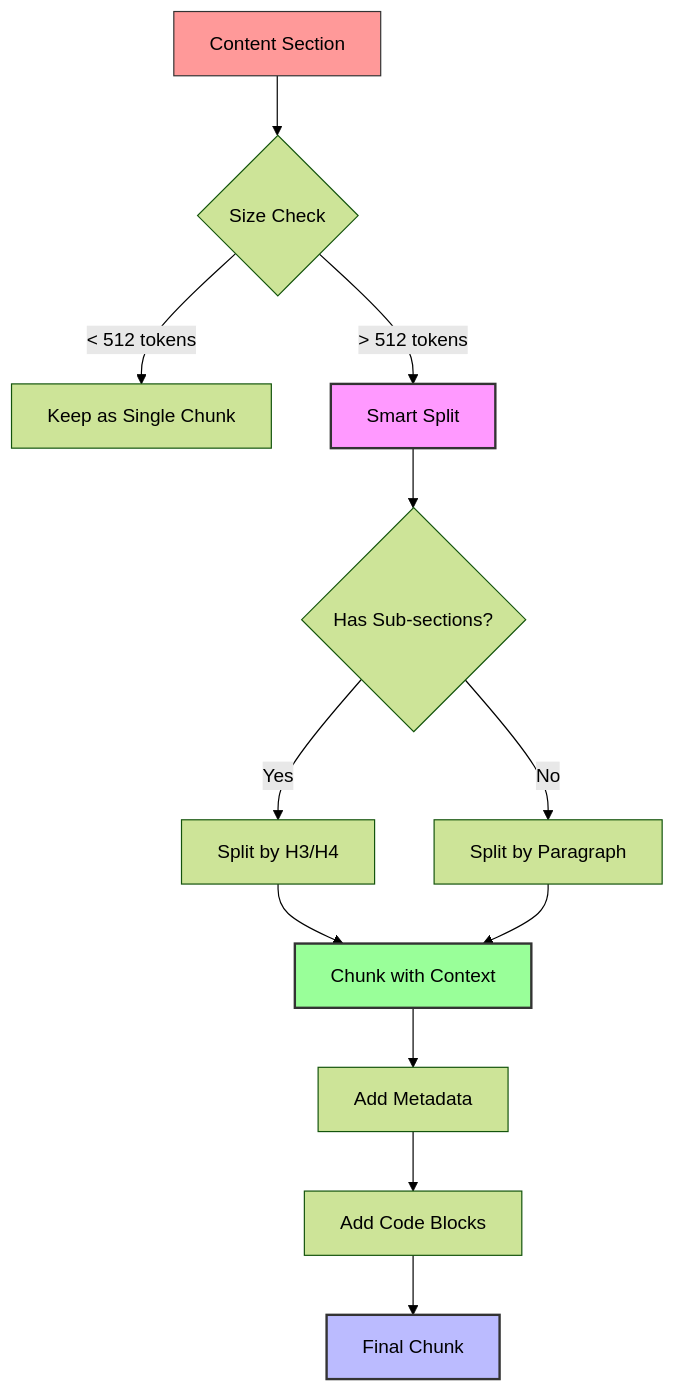
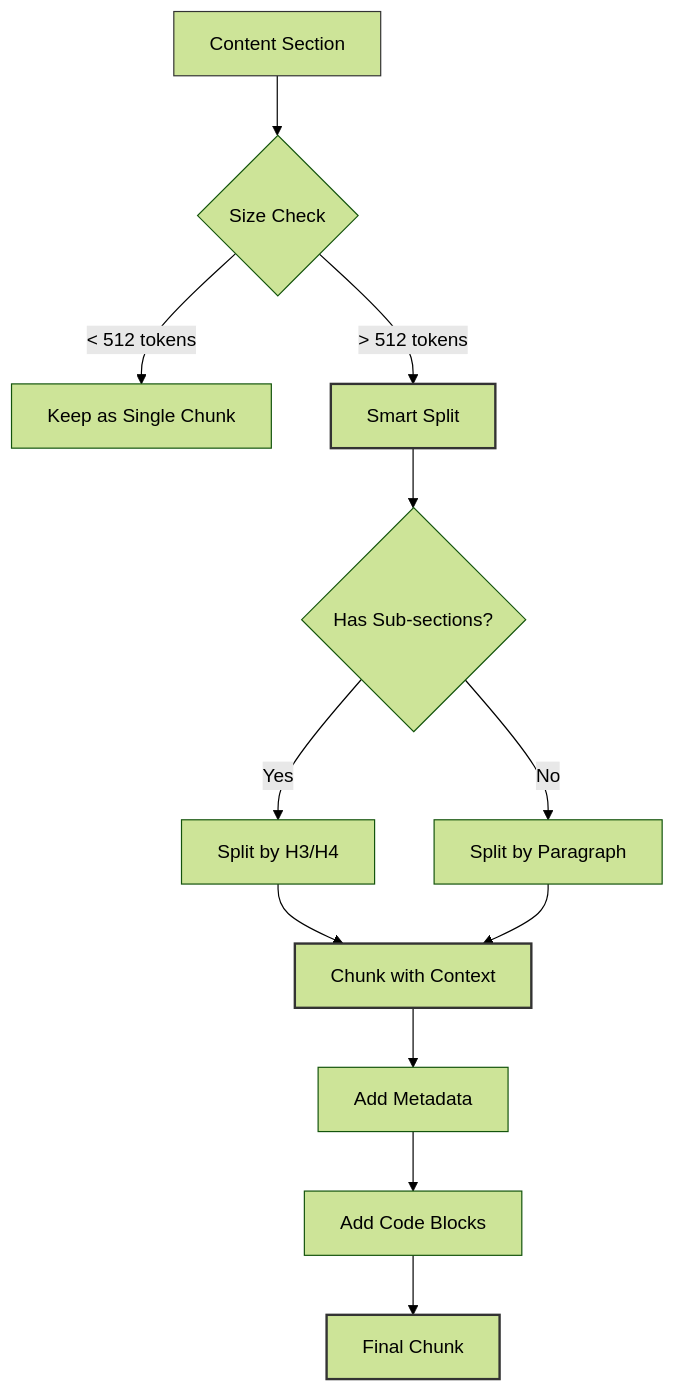
The second of 2 diagrams in Mostlylucid/Markdown/building-a-lawyer-gpt-for-your-blog-part4.md (Shaddix/mostlylucidweb), drawn with Mermaid (forest theme) before and after one commit. The commit also changed other lines of this file and 7 other files, not shown here.

First line of the commit message:
Update Mermaid diagrams in Lawyer GPT series for dark mode compatibility

````diff
--- a/Mostlylucid/Markdown/building-a-lawyer-gpt-for-your-blog-part4.md
+++ b/Mostlylucid/Markdown/building-a-lawyer-gpt-for-your-blog-part4.md
@@ -385,22 +388,25 @@
 ```mermaid
 graph TD
     A[Content Section] --> B{Size Check}
     B -->|< 512 tokens| C[Keep as Single Chunk]
     B -->|> 512 tokens| D[Smart Split]
 
     D --> E{Has Sub-sections?}
     E -->|Yes| F[Split by H3/H4]
     E -->|No| G[Split by Paragraph]
 
     F --> H[Chunk with Context]
     G --> H
 
     H --> I[Add Metadata]
     I --> J[Add Code Blocks]
     J --> K[Final Chunk]
 
-    style A fill:#f99,stroke:#333
-    style D fill:#f9f,stroke:#333,stroke-width:2px
-    style H fill:#9f9,stroke:#333,stroke-width:2px
-    style K fill:#bbf,stroke:#333,stroke-width:2px
+    class A input
+    class D,H process
+    class K output
+
+    classDef input stroke:#333
+    classDef process stroke:#333,stroke-width:2px
+    classDef output stroke:#333,stroke-width:2px
 ```
````
